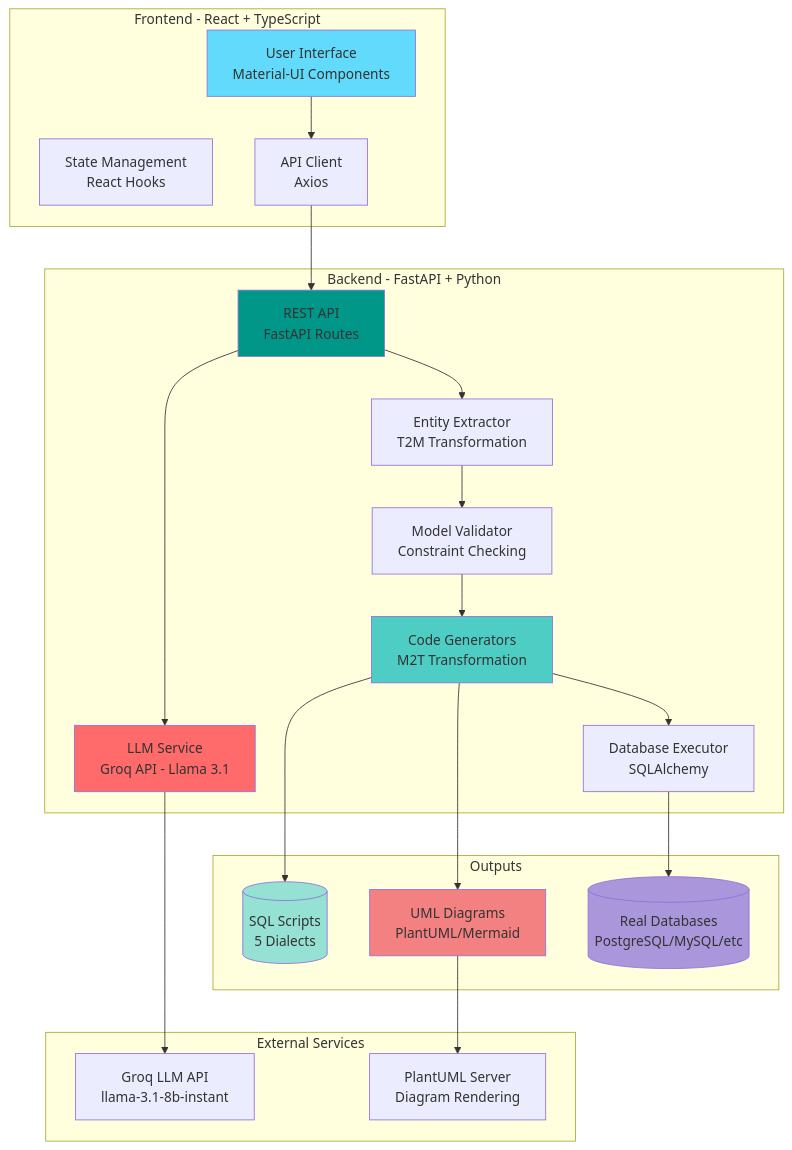
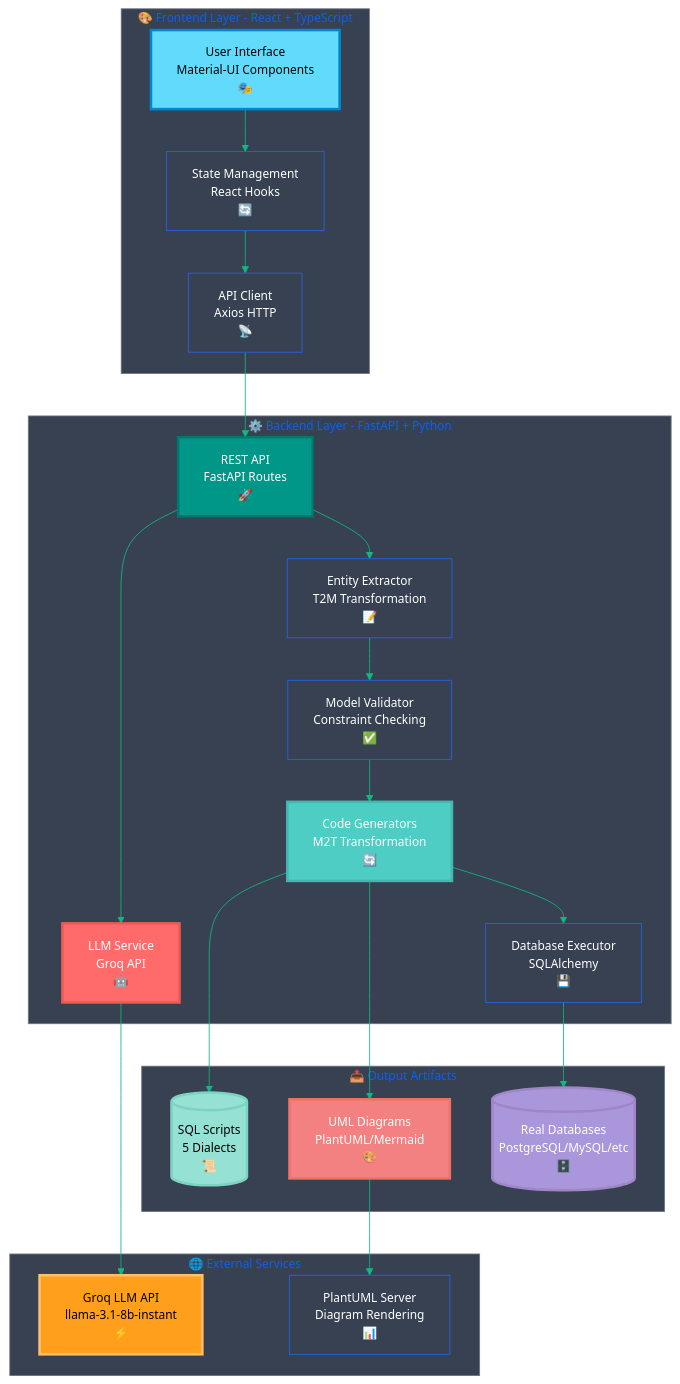
The fourth of 10 diagrams in README.md (yousef-elgarch1/NL2SQL-Designer-), drawn with Mermaid before and after one commit. The commit also changed other lines of this file, not shown here.

````diff
--- a/README.md
+++ b/README.md
@@ -135,49 +380,52 @@
 ```mermaid
+%%{init: {'theme':'base', 'themeVariables': { 'primaryColor':'#3b82f6','primaryTextColor':'#fff','primaryBorderColor':'#2563eb','lineColor':'#10b981','secondaryColor':'#8b5cf6','tertiaryColor':'#f59e0b','background':'#1f2937','mainBkg':'#374151','secondBkg':'#4b5563','textColor':'#f3f4f6','fontSize':'14px','clusterBkg':'#374151','clusterBorder':'#6b7280','edgeLabelBackground':'#1f2937'}}}%%
 graph TB
-    subgraph "Frontend - React + TypeScript"
-        UI[User Interface<br/>Material-UI Components]
-        STATE[State Management<br/>React Hooks]
-        API_CLIENT[API Client<br/>Axios]
+    subgraph "🎨 Frontend Layer - React + TypeScript"
+        UI[User Interface<br/>Material-UI Components<br/>🎭]
+        STATE[State Management<br/>React Hooks<br/>🔄]
+        API_CLIENT[API Client<br/>Axios HTTP<br/>📡]
     end
 
-    subgraph "Backend - FastAPI + Python"
-        API[REST API<br/>FastAPI Routes]
-        LLM[LLM Service<br/>Groq API - Llama 3.1]
-        EXTRACTOR[Entity Extractor<br/>T2M Transformation]
-        VALIDATOR[Model Validator<br/>Constraint Checking]
-        GENERATOR[Code Generators<br/>M2T Transformation]
-        DB_EXEC[Database Executor<br/>SQLAlchemy]
+    subgraph "⚙️ Backend Layer - FastAPI + Python"
+        API[REST API<br/>FastAPI Routes<br/>🚀]
+        LLM[LLM Service<br/>Groq API<br/>🤖]
+        EXTRACTOR[Entity Extractor<br/>T2M Transformation<br/>📝]
+        VALIDATOR[Model Validator<br/>Constraint Checking<br/>✅]
+        GENERATOR[Code Generators<br/>M2T Transformation<br/>🔄]
+        DB_EXEC[Database Executor<br/>SQLAlchemy<br/>💾]
     end
 
-    subgraph "External Services"
-        GROQ[Groq LLM API<br/>llama-3.1-8b-instant]
-        PLANTUML[PlantUML Server<br/>Diagram Rendering]
+    subgraph "🌐 External Services"
+        GROQ[Groq LLM API<br/>llama-3.1-8b-instant<br/>⚡]
+        PLANTUML[PlantUML Server<br/>Diagram Rendering<br/>📊]
     end
 
-    subgraph "Outputs"
-        SQL[(SQL Scripts<br/>5 Dialects)]
-        UML[UML Diagrams<br/>PlantUML/Mermaid]
-        REAL_DB[(Real Databases<br/>PostgreSQL/MySQL/etc)]
+    subgraph "📤 Output Artifacts"
+        SQL[(SQL Scripts<br/>5 Dialects<br/>📜)]
+        UML[UML Diagrams<br/>PlantUML/Mermaid<br/>🎨]
+        REAL_DB[(Real Databases<br/>PostgreSQL/MySQL/etc<br/>🗄️)]
     end
 
-    UI --> API_CLIENT
+    UI --> STATE
+    STATE --> API_CLIENT
     API_CLIENT --> API
     API --> LLM
     LLM --> GROQ
     API --> EXTRACTOR
     EXTRACTOR --> VALIDATOR
     VALIDATOR --> GENERATOR
     GENERATOR --> SQL
     GENERATOR --> UML
     UML --> PLANTUML
     GENERATOR --> DB_EXEC
     DB_EXEC --> REAL_DB
 
-    style UI fill:#61dafb
-    style API fill:#009688
-    style LLM fill:#ff6b6b
-    style GENERATOR fill:#4ecdc4
-    style SQL fill:#95e1d3
-    style UML fill:#f38181
-    style REAL_DB fill:#aa96da
+    style UI fill:#61dafb,stroke:#0088cc,stroke-width:3px,color:#000
+    style API fill:#009688,stroke:#00796b,stroke-width:3px,color:#fff
+    style LLM fill:#ff6b6b,stroke:#ee5a52,stroke-width:3px,color:#fff
+    style GENERATOR fill:#4ecdc4,stroke:#45b7af,stroke-width:3px,color:#fff
+    style SQL fill:#95e1d3,stroke:#7dd3c0,stroke-width:3px,color:#000
+    style UML fill:#f38181,stroke:#f07167,stroke-width:3px,color:#fff
+    style REAL_DB fill:#aa96da,stroke:#9f86c6,stroke-width:3px,color:#fff
+    style GROQ fill:#ff9f1c,stroke:#ffbf69,stroke-width:3px,color:#000
 ```
````
